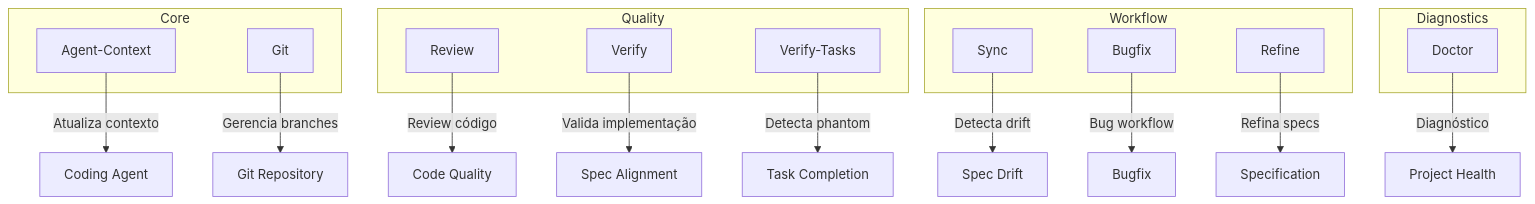
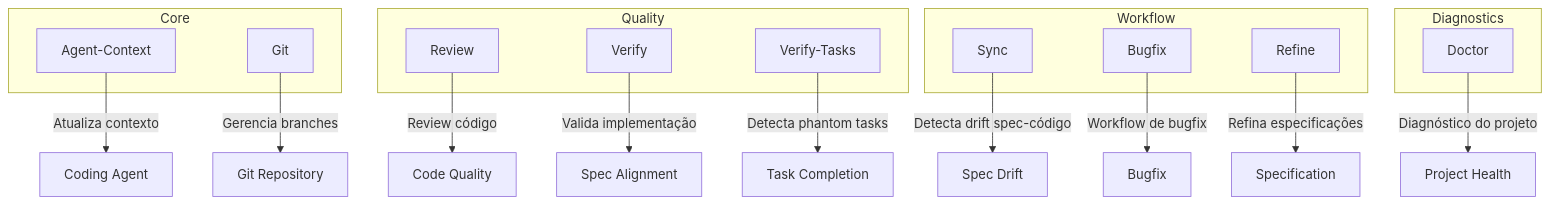
Before and after one commit to wagner-sousa/spec-kit-docker: the third of 9 diagrams in README.md, drawn with Mermaid. The commit also changed other lines of this file, not shown here.

````diff
--- a/README.md
+++ b/README.md
@@ -104,33 +91,33 @@
 ```mermaid
 graph TB
     subgraph "Core"
         A[Agent-Context]
         B[Git]
     end
 
     subgraph "Quality"
         C[Review]
         D[Verify]
         E[Verify-Tasks]
     end
 
     subgraph "Workflow"
         F[Sync]
         G[Bugfix]
         H[Refine]
     end
 
     subgraph "Diagnostics"
         I[Doctor]
     end
 
     A -->|Atualiza contexto| J[Coding Agent]
     B -->|Gerencia branches| K[Git Repository]
     C -->|Review código| L[Code Quality]
     D -->|Valida implementação| M[Spec Alignment]
-    E -->|Detecta phantom| N[Task Completion]
-    F -->|Detecta drift| O[Spec Drift]
-    G -->|Bug workflow| P[Bugfix]
-    H -->|Refina specs| Q[Specification]
-    I -->|Diagnóstico| R[Project Health]
+    E -->|Detecta phantom tasks| N[Task Completion]
+    F -->|Detecta drift spec-código| O[Spec Drift]
+    G -->|Workflow de bugfix| P[Bugfix]
+    H -->|Refina especificações| Q[Specification]
+    I -->|Diagnóstico do projeto| R[Project Health]
 ```
````
